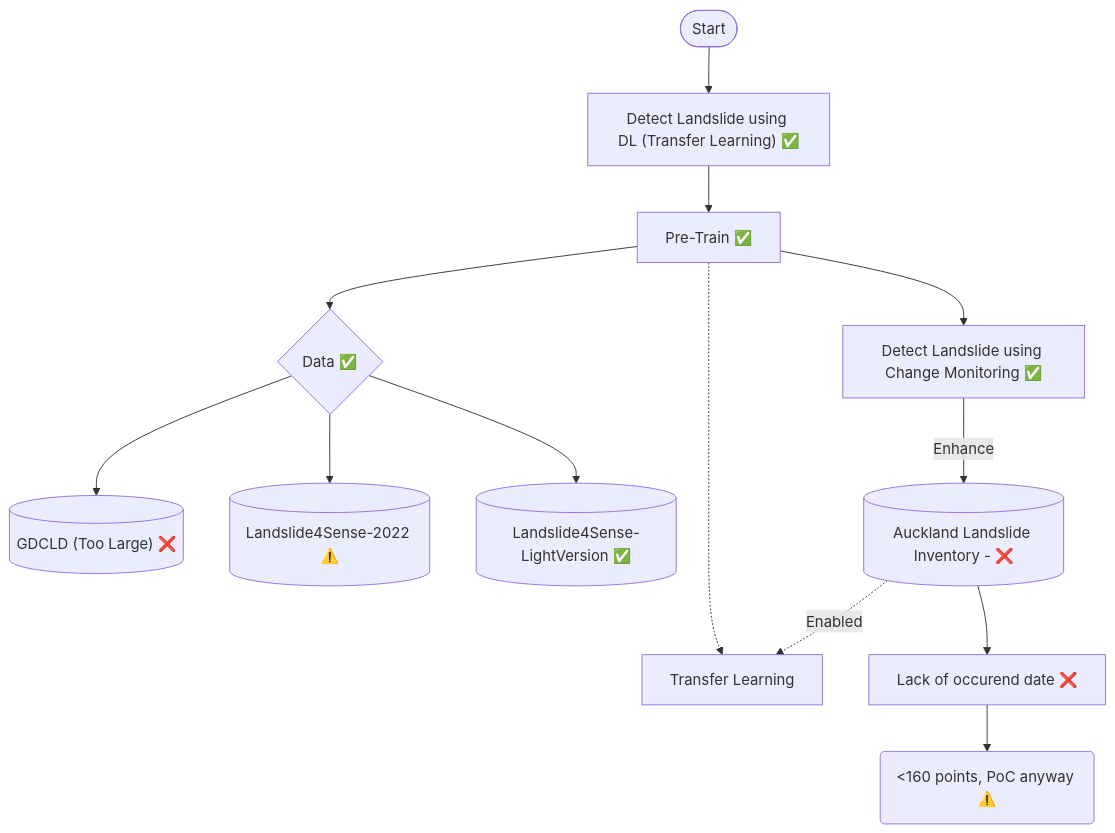
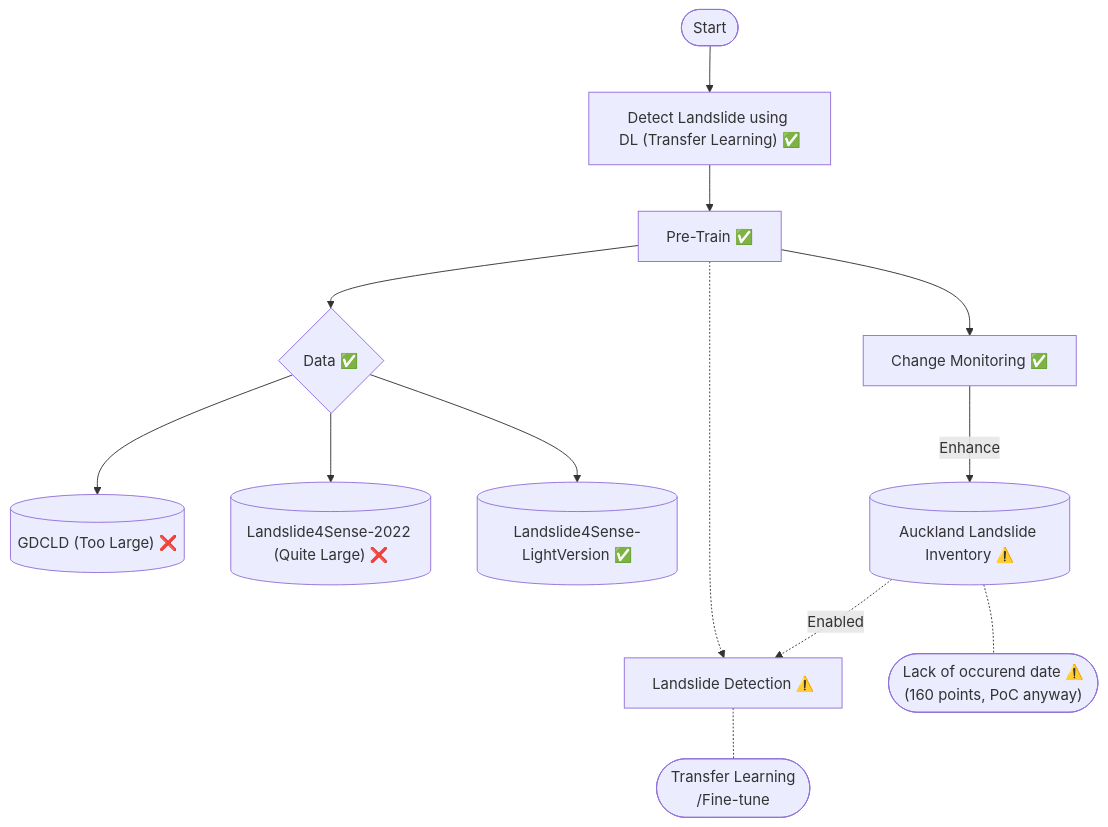
The first of 2 diagrams in README.md (dhnhut/Landslide-DeepLearning), drawn with Mermaid before and after one commit. The commit also changed other lines of this file, not shown here.

````diff
--- a/README.md
+++ b/README.md
@@ -8,22 +8,22 @@
 ```mermaid
 flowchart TD
         A(["Start"])
         A --> P1["Detect Landslide using DL (Transfer Learning) ✅"]
         P1 --> P1_pre["Pre-Train ✅"]
         P1_pre --> P1_Pre_data{"Data ✅"} 
         P1_Pre_data --> P1_GDCLD[("GDCLD (Too Large) ❌")] 
-        P1_Pre_data --> P1_Landslide4Sense[("Landslide4Sense-2022 ⚠️")]
+        P1_Pre_data --> P1_Landslide4Sense[("Landslide4Sense-2022 (Quite Large) ❌")]
         P1_Pre_data --> LightVersion[("Landslide4Sense-LightVersion ✅")]
 
         
 
-        P1_pre --> P2_Monitoring["Detect Landslide using Change Monitoring ✅"]
-        P2_Monitoring -- Enhance --> Inventory[("Auckland Landslide Inventory - ❌")]
+        P1_pre --> P2_Monitoring["Change Monitoring ✅"]
+        P2_Monitoring -- Enhance --> Inventory[("Auckland Landslide Inventory ⚠️")]
 
-        P1_pre -.-> P1_fine_tune["Transfer Learning"]
+        P1_pre -.-> P1_fine_tune["Landslide Detection ⚠️"]
+        P1_fine_tune -.- transfer(["Transfer Learning<br>/Fine-tune"])
         
-        Inventory --> Lack["Lack of occurend date ❌"]
-        Lack --> LimitTrain("<160 points, PoC anyway ⚠️")
+        Inventory -.- Lack(["Lack of occurend date ⚠️<br>(160 points, PoC anyway)"])
         Inventory -. Enabled .-> P1_fine_tune
 
 ```
````
